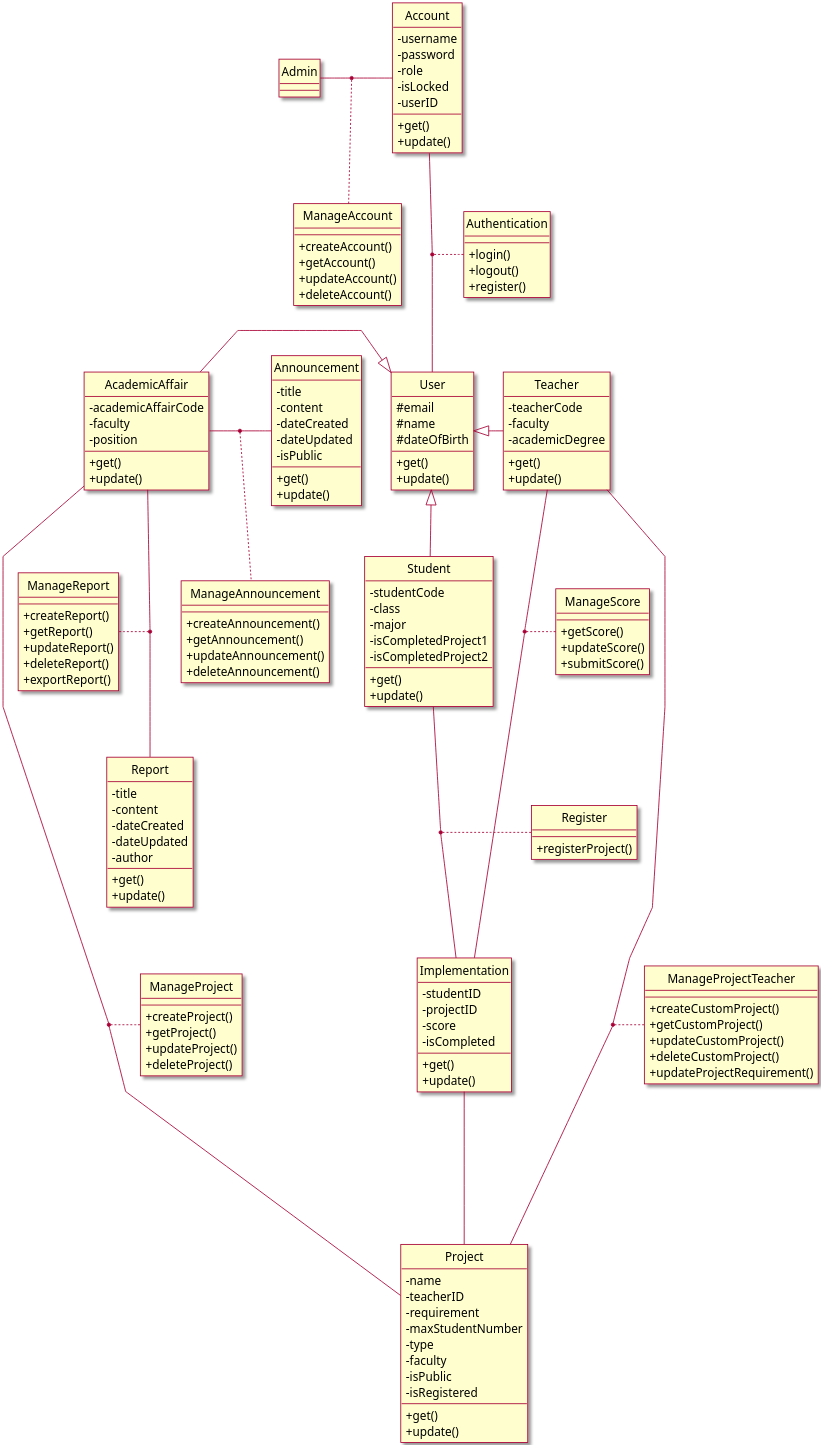
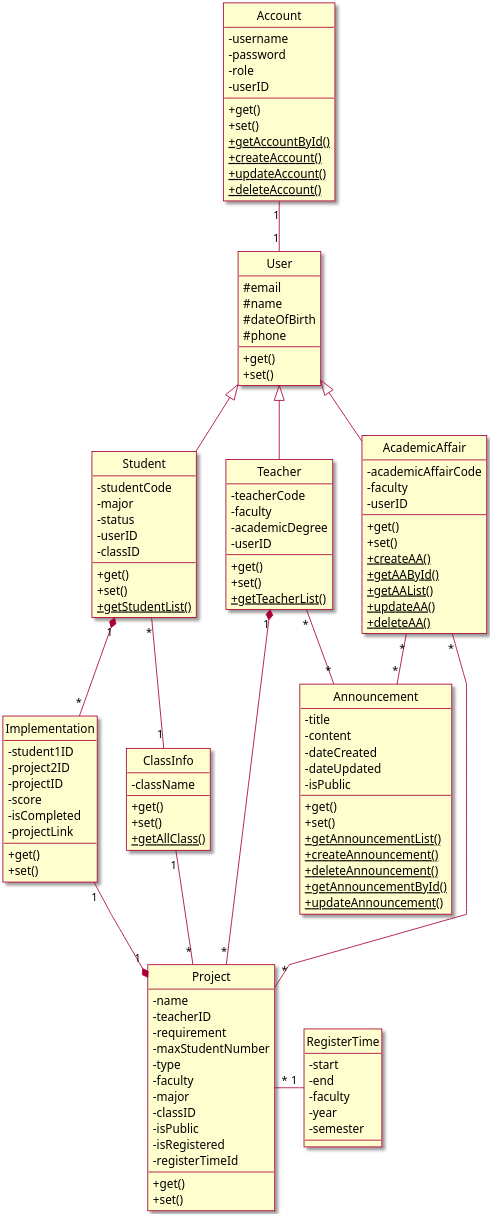
One commit to Marowota/SE100-plantuml changed the diagram in Class Diagram/Class.puml. Above: the diagram before and after it, drawn with PlantUML.

Commit message:
update class

```diff
--- a/Class Diagram/Class.puml
+++ b/Class Diagram/Class.puml
@@ -1,179 +1,147 @@
 @startuml Class Diagram
 
 skin rose
 skinparam classAttributeIconSize 0
 ' skinparam linetype ortho
 skinparam linetype polyline
 hide circle
 scale 3
 
-class Admin {}
-
-class ManageAccount {
-    + createAccount()
-    + getAccount()
-    + updateAccount()
-    + deleteAccount()
-}
-
 class Account {
     - username
     - password
     - role
-    - isLocked
     - userID
 
     + get()
-    + update()
+    + set()
+    + {static} getAccountById()
+    + {static} createAccount()
+    + {static} updateAccount()
+    + {static} deleteAccount()
 }
 
 class User {
     # email
     # name
     # dateOfBirth
+    # phone
 
     + get()
-    + update()
-}
-
-class Authentication {
-    + login()
-    + logout()
-    + register()
+    + set()
 }
 
 class AcademicAffair {
     - academicAffairCode
     - faculty
-    - position
+    - userID
 
     + get()
-    + update()
+    + set()
+    + {static} createAA()
+    + {static} getAAById()
+    + {static} getAAList()
+    + {static} updateAA()
+    + {static} deleteAA()
+
 }
 
 class Student {
     - studentCode
-    - class
     - major
-    - isCompletedProject1
-    - isCompletedProject2
+    - status
+    - userID
+    - classID
 
     + get()
-    + update()
+    + set()
+    + {static} getStudentList()
+    
 }
 
 class Teacher {
     - teacherCode
     - faculty
     - academicDegree
+    - userID
 
     + get()
-    + update()
+    + set()
+    + {static} getTeacherList()
+}
+
+class ClassInfo {
+    - className
+
+    +get()
+    +set()
+    + {static} getAllClass()
 }
 
 class Announcement {
     - title
     - content
     - dateCreated
     - dateUpdated
     - isPublic
 
     + get()
-    + update()
-}
-
-class Report {
-    - title
-    - content
-    - dateCreated
-    - dateUpdated
-    - author
-
-    + get()
-    + update()
+    + set()
+    + {static} getAnnouncementList()
+    + {static} createAnnouncement()
+    + {static} deleteAnnouncement()
+    + {static} getAnnouncementById()
+    + {static} updateAnnouncement()
 }
 
 class Project {
     - name
     - teacherID
     - requirement
     - maxStudentNumber
     - type
     - faculty
+    - major
+    - classID
     - isPublic
     - isRegistered
+    - registerTimeId
 
     + get()
-    + update()
-}
-
-class ManageProject {
-    + createProject()
-    + getProject()
-    + updateProject()
-    + deleteProject()
-}
-
-class ManageProjectTeacher {
-    + createCustomProject()
-    + getCustomProject()
-    + updateCustomProject()
-    + deleteCustomProject()
-    + updateProjectRequirement()
+    + set()
 }
 
 class Implementation {
-    - studentID
+    - student1ID
+    - project2ID
     - projectID
     - score
     - isCompleted
+    - projectLink
 
     + get()
-    + update()
+    + set()
 }
 
-class Register {
-    + registerProject()
+class RegisterTime {
+    - start
+    - end
+    - faculty
+    - year
+    - semester
 }
 
-class ManageScore {
-    + getScore()
-    + updateScore()
-    + submitScore()
-}
-
-class ManageReport {
-    + createReport()
-    + getReport()
-    + updateReport()
-    + deleteReport()
-    + exportReport()
-}
-
-class ManageAnnouncement {
-    + createAnnouncement()
-    + getAnnouncement()
-    + updateAnnouncement()
-    + deleteAnnouncement()
-}
-
-Account -- User
-(Account, User) .. Authentication
-Student  -up-^ User
-User ^-right- Teacher
-User ^-left- AcademicAffair
-Project -up- Implementation
-Student -down- Implementation
-(Student, Implementation) .. Register
-AcademicAffair -left- Announcement
-AcademicAffair -up- Report
-AcademicAffair ---- Project
-(AcademicAffair, Project) .... ManageProject
-Teacher ---- Project
-(Teacher, Project) .... ManageProjectTeacher
-(Teacher, Implementation) .... ManageScore
-ManageReport .. (AcademicAffair, Report)
-(AcademicAffair, Announcement) .. ManageAnnouncement
-Admin -right- Account
-(Admin, Account) .. ManageAccount
+Account "1" -down- "1" User
+User <|-down- Student
+User <|-- Teacher
+User <|-- AcademicAffair
+Student "1" *-down- "*" Implementation
+Student "*" -down- "1" ClassInfo
+Implementation "1" -down-* "1" Project
+ClassInfo "1" -down- "*" Project
+Teacher "1" *-down- "*" Project
+Project "*" -right- "1" RegisterTime
+AcademicAffair "*" -down- "*" Announcement
+AcademicAffair "*" -- "*" Project
+Teacher "*" -- "*" Announcement
 @enduml
```
